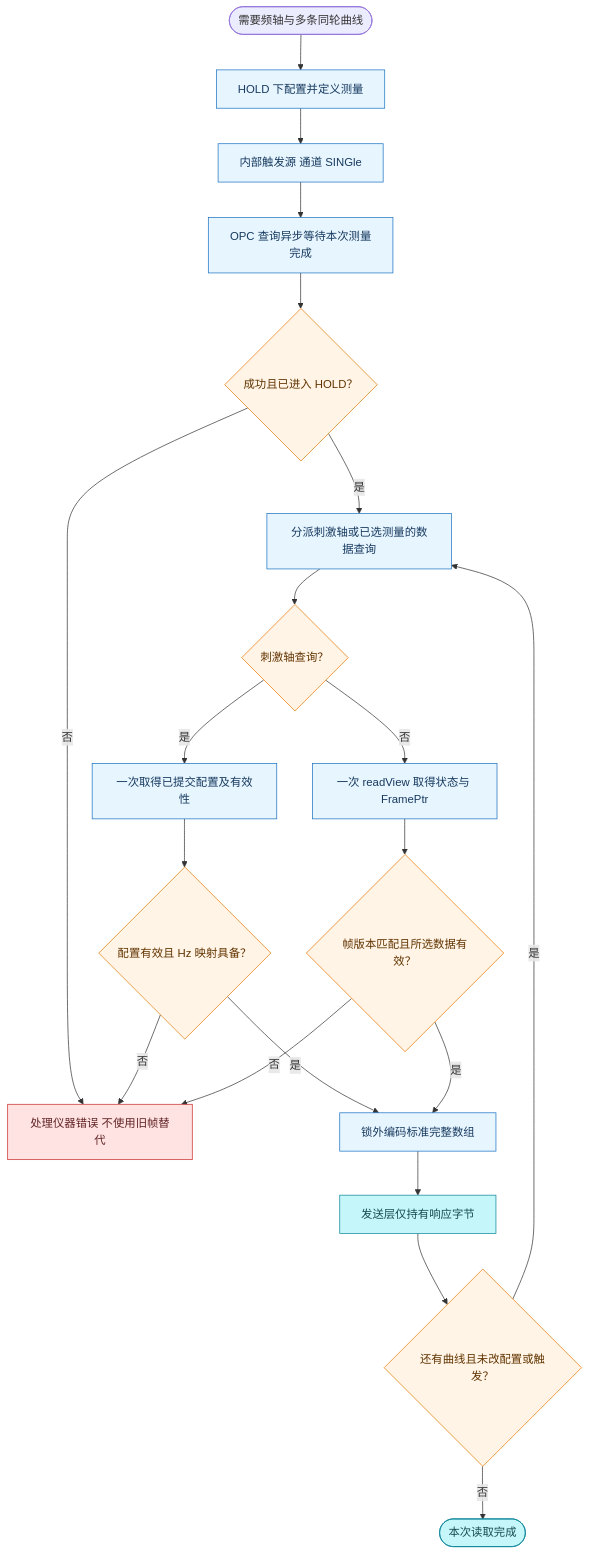
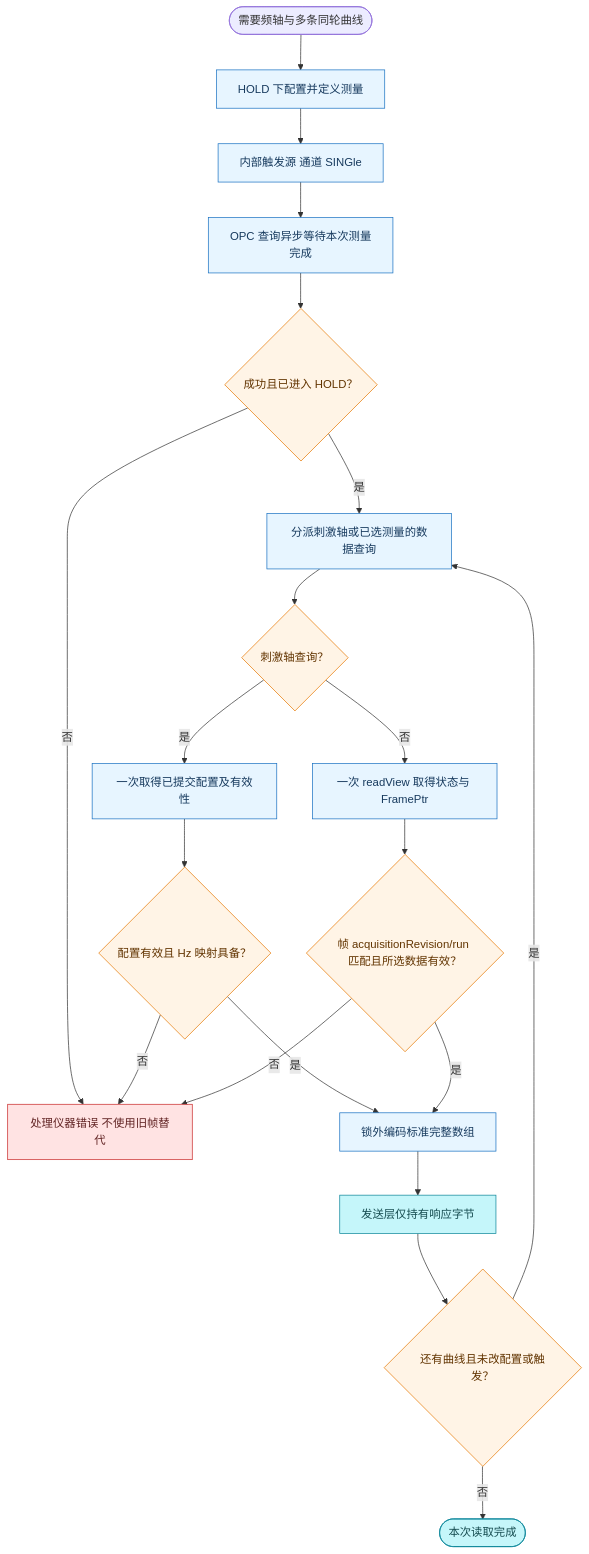
One commit to aniping/VnaPro changed the third of 4 diagrams in docs/网分服务与远程控制设计.md. Above: the diagram before and after it, drawn with Mermaid. The commit also changed other lines of this file and 7 other files, not shown here.

````diff
--- a/docs/网分服务与远程控制设计.md
+++ b/docs/网分服务与远程控制设计.md
@@ -277,38 +291,38 @@
 ```mermaid
 flowchart TB
     begin(["需要频轴与多条同轮曲线"])
     setup["HOLD 下配置并定义测量"]
     single["内部触发源 通道 SINGle"]
     barrier["OPC 查询异步等待本次测量完成"]
     ready{"成功且已进入 HOLD？"}
     failed["处理仪器错误 不使用旧帧替代"]
     read["分派刺激轴或已选测量的数据查询"]
     axis{"刺激轴查询？"}
     settings["一次取得已提交配置及有效性"]
     axisValid{"配置有效且 Hz 映射具备？"}
     view["一次 readView 取得状态与 FramePtr"]
-    valid{"帧版本匹配且所选数据有效？"}
+    valid{"帧 acquisitionRevision/run 匹配且所选数据有效？"}
     encode["锁外编码标准完整数组"]
     send["发送层仅持有响应字节"]
     more{"还有曲线且未改配置或触发？"}
     done(["本次读取完成"])
     begin --> setup --> single --> barrier --> ready
     ready -->|否| failed
     ready -->|是| read --> axis
     axis -->|是| settings --> axisValid
     axisValid -->|否| failed
     axisValid -->|是| encode
     axis -->|否| view --> valid
     valid -->|否| failed
     valid -->|是| encode --> send --> more
     more -->|是| read
     more -->|否| done
     classDef action fill:#e7f5ff,stroke:#1971c2,color:#173a5e;
     classDef decision fill:#fff4e6,stroke:#e67700,color:#623400;
     classDef output fill:#c5f6fa,stroke:#0c8599,color:#164c50;
     classDef failure fill:#ffe3e3,stroke:#c92a2a,color:#612323;
     class setup,single,barrier,read,settings,view,encode action;
     class ready,axis,axisValid,valid,more decision;
     class send,done output;
     class failed failure;
 ```
````
